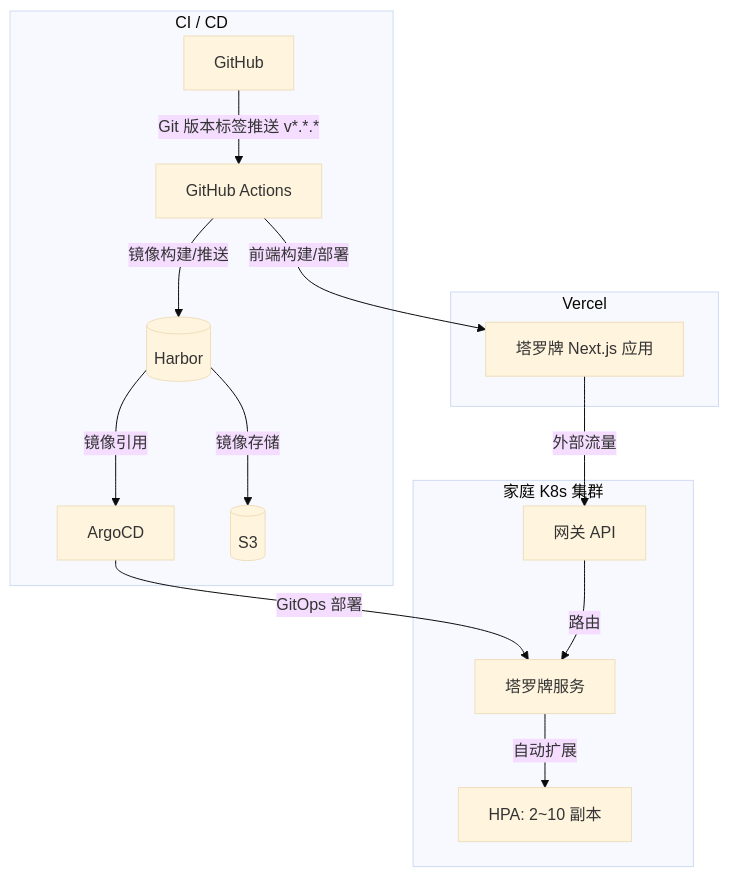
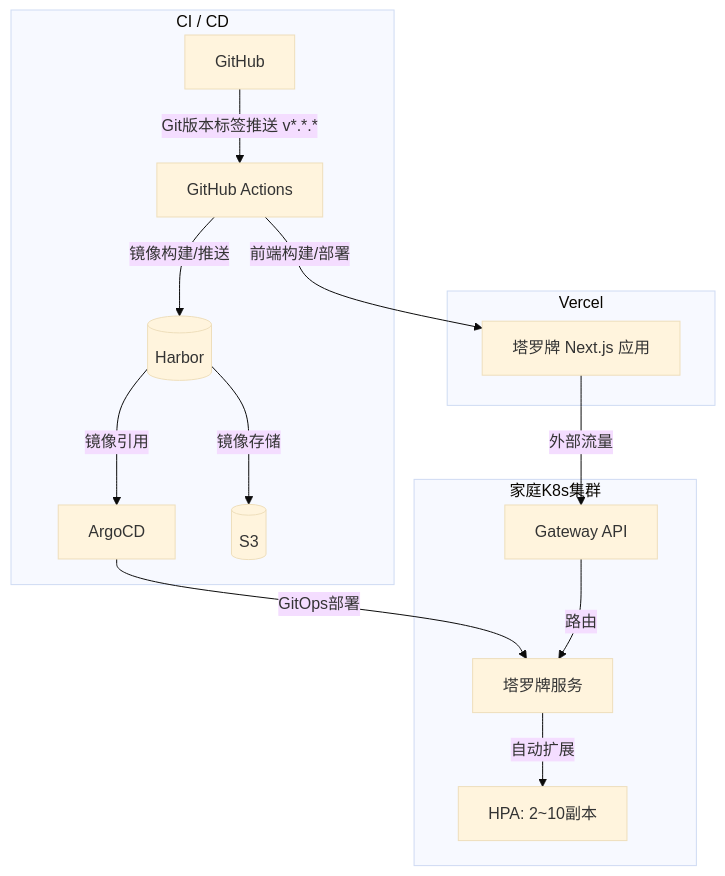
Before and after one commit to mandacode-labs/mandacode-devs: the second of 2 diagrams in src/content/blog/zh/tarot-deep-dive.md, drawn with Mermaid (base theme). The commit also changed other lines of this file and 30 other files, not shown here.

````diff
--- a/src/content/blog/zh/tarot-deep-dive.md
+++ b/src/content/blog/zh/tarot-deep-dive.md
@@ -98,36 +97,36 @@
 ```mermaid
 flowchart TD
     subgraph Front["Vercel"]
         Vercel[塔罗牌 Next.js 应用]
     end
     
     subgraph CICD["CI / CD"]
         GH[GitHub]
         Actions[GitHub Actions]
         Harbor[(Harbor)]
         ArgoCD[ArgoCD]
         S3[(S3)]
     end
     
-    subgraph K8s["家庭 K8s 集群"]
-        GW[网关 API]
+    subgraph K8s["家庭K8s集群"]
+        GW[Gateway API]
         Service[塔罗牌服务]
-        HPA[HPA: 2~10 副本]
+        HPA[HPA: 2~10副本]
     end
 
     %% 部署管道流程
-    GH -->|Git 版本标签推送 v*.*.*| Actions
+    GH -->|Git版本标签推送 v*.*.*| Actions
     Actions -->|镜像构建/推送| Harbor
     Harbor -->|镜像存储| S3
     Harbor -->|镜像引用| ArgoCD
-    ArgoCD -->|GitOps 部署| Service
+    ArgoCD -->|GitOps部署| Service
 
     %% 前端管道流程
     Actions -->|前端构建/部署| Vercel
     
     %% 流量流程
     Vercel --> |外部流量| GW
     GW -->|路由| Service
     Service -->|自动扩展| HPA
 
 ```
````
